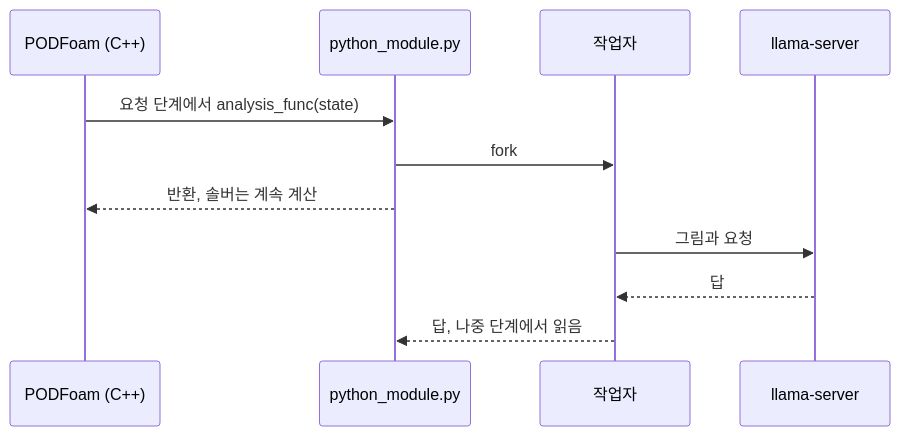
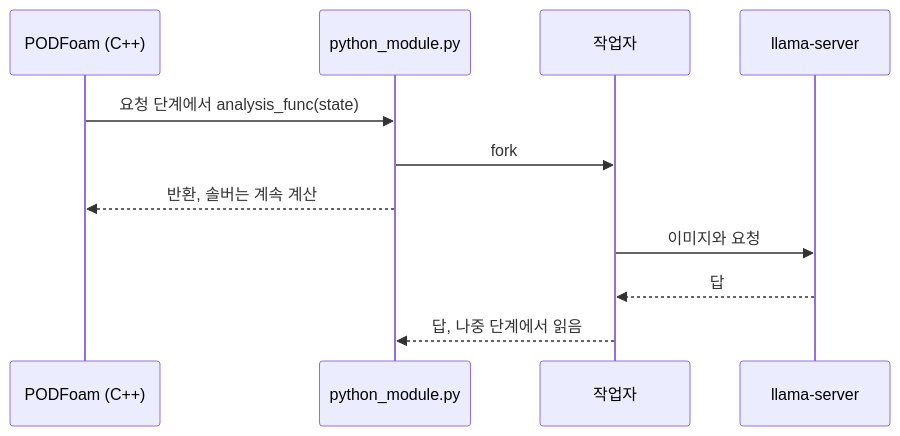
The diagram in README.md (seungminyome/PythonFOAM-Korean), drawn with Mermaid before and after one commit. The commit also changed other lines of this file and 6 other files, not shown here.

````diff
--- a/README.md
+++ b/README.md
@@ -52,13 +52,13 @@
 ```mermaid
 sequenceDiagram
     participant S as PODFoam (C++)
     participant P as python_module.py
     participant W as 작업자
     participant L as llama-server
     S->>P: 요청 단계에서 analysis_func(state)
     P->>W: fork
     P-->>S: 반환, 솔버는 계속 계산
-    W->>L: 그림과 요청
+    W->>L: 이미지와 요청
     L-->>W: 답
     W-->>P: 답, 나중 단계에서 읽음
 ```
````
